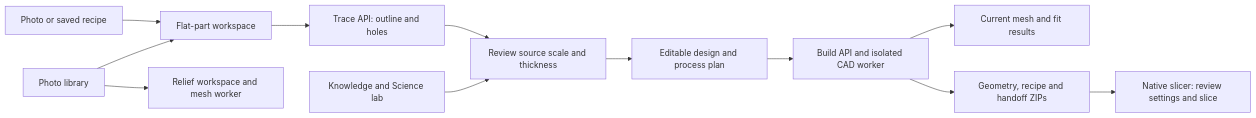
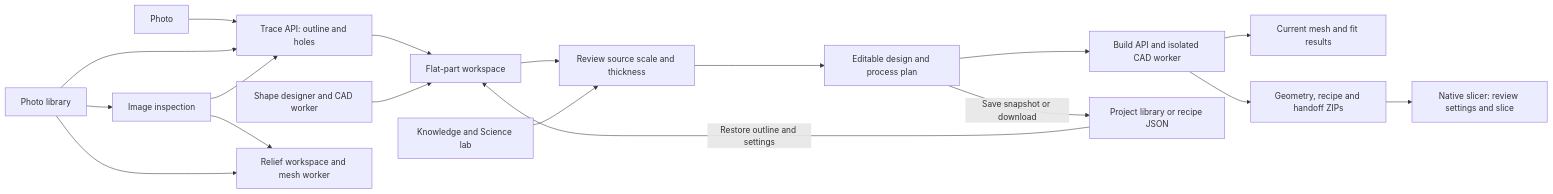
One commit to bartytime4life/Pictures-to-3D-CAD-Models changed the diagram in docs/architecture.md. Above: the diagram before and after it, drawn with Mermaid. The commit also changed other lines of this file and 21 other files, not shown here.

````diff
--- a/docs/architecture.md
+++ b/docs/architecture.md
@@ -7,14 +7,20 @@
 ```mermaid
 flowchart LR
-    P[Photo or saved recipe] --> W[Flat-part workspace]
-    W --> T[Trace API: outline and holes]
-    T --> M[Review source scale and thickness]
+    P[Photo] --> T[Trace API: outline and holes]
+    T --> W[Flat-part workspace]
+    W --> M[Review source scale and thickness]
     M --> D[Editable design and process plan]
     D --> B[Build API and isolated CAD worker]
     B --> V[Current mesh and fit results]
     B --> E[Geometry, recipe and handoff ZIPs]
     E --> S[Native slicer: review settings and slice]
-    L[Photo library] --> W
+    J[Project library or recipe JSON] -->|Restore outline and settings| W
+    D -->|Save snapshot or download| J
+    A[Shape designer and CAD worker] --> W
+    L[Photo library] --> T
+    L --> I[Image inspection]
+    I --> T
+    I --> R
     L --> R[Relief workspace and mesh worker]
     K[Knowledge and Science lab] --> M
 ```
````
